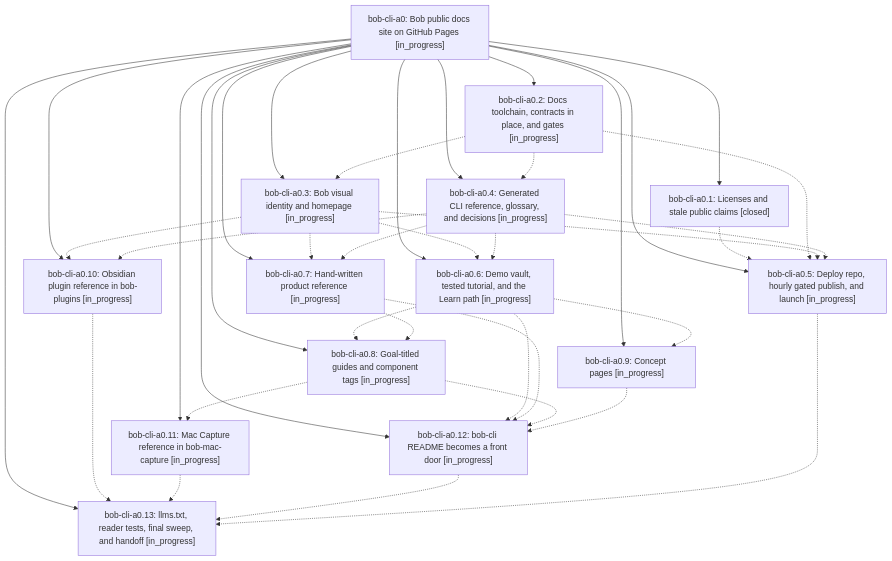
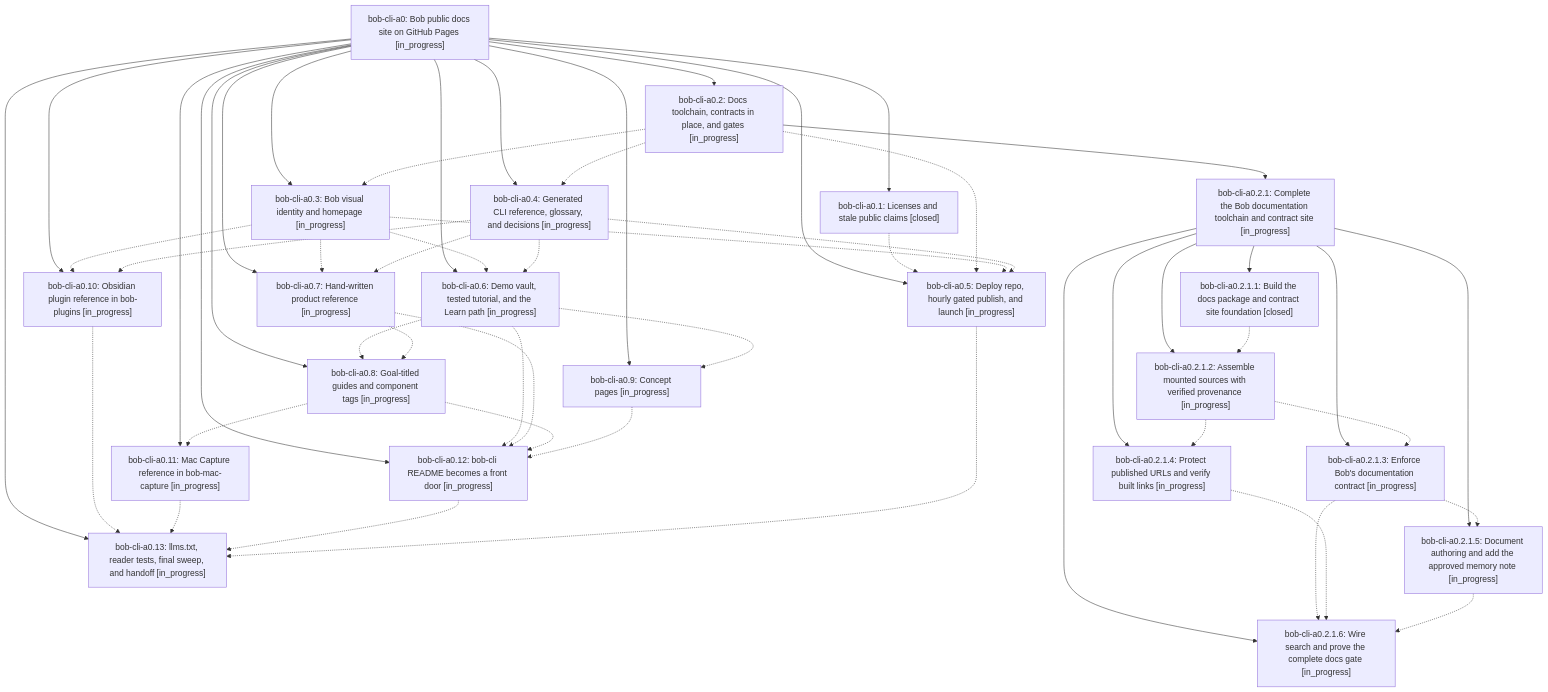
One commit to bobs-org/bob-cli--beads changed the diagram in pages/bob-cli-a0/README.md. Above: the diagram before and after it, drawn with Mermaid. The commit also changed other lines of this file and 9 other files, not shown here.

First line of the commit message:
chore(beads): sync bead state and pages for bob-cli-a0

````diff
--- a/pages/bob-cli-a0/README.md
+++ b/pages/bob-cli-a0/README.md
@@ -34,54 +34,75 @@
 ```mermaid
 flowchart TD
     n0["bob-cli-a0: Bob public docs site on GitHub Pages [in_progress]"]
     n1["bob-cli-a0.1: Licenses and stale public claims [closed]"]
     n2["bob-cli-a0.10: Obsidian plugin reference in bob-plugins [in_progress]"]
     n3["bob-cli-a0.11: Mac Capture reference in bob-mac-capture [in_progress]"]
     n4["bob-cli-a0.12: bob-cli README becomes a front door [in_progress]"]
     n5["bob-cli-a0.13: llms.txt, reader tests, final sweep, and handoff [in_progress]"]
     n6["bob-cli-a0.2: Docs toolchain, contracts in place, and gates [in_progress]"]
-    n7["bob-cli-a0.3: Bob visual identity and homepage [in_progress]"]
-    n8["bob-cli-a0.4: Generated CLI reference, glossary, and decisions [in_progress]"]
-    n9["bob-cli-a0.5: Deploy repo, hourly gated publish, and launch [in_progress]"]
-    n10["bob-cli-a0.6: Demo vault, tested tutorial, and the Learn path [in_progress]"]
-    n11["bob-cli-a0.7: Hand-written product reference [in_progress]"]
-    n12["bob-cli-a0.8: Goal-titled guides and component tags [in_progress]"]
-    n13["bob-cli-a0.9: Concept pages [in_progress]"]
+    n7["bob-cli-a0.2.1: Complete the Bob documentation toolchain and contract site [in_progress]"]
+    n8["bob-cli-a0.2.1.1: Build the docs package and contract site foundation [closed]"]
+    n9["bob-cli-a0.2.1.2: Assemble mounted sources with verified provenance [in_progress]"]
+    n10["bob-cli-a0.2.1.3: Enforce Bob's documentation contract [in_progress]"]
+    n11["bob-cli-a0.2.1.4: Protect published URLs and verify built links [in_progress]"]
+    n12["bob-cli-a0.2.1.5: Document authoring and add the approved memory note [in_progress]"]
+    n13["bob-cli-a0.2.1.6: Wire search and prove the complete docs gate [in_progress]"]
+    n14["bob-cli-a0.3: Bob visual identity and homepage [in_progress]"]
+    n15["bob-cli-a0.4: Generated CLI reference, glossary, and decisions [in_progress]"]
+    n16["bob-cli-a0.5: Deploy repo, hourly gated publish, and launch [in_progress]"]
+    n17["bob-cli-a0.6: Demo vault, tested tutorial, and the Learn path [in_progress]"]
+    n18["bob-cli-a0.7: Hand-written product reference [in_progress]"]
+    n19["bob-cli-a0.8: Goal-titled guides and component tags [in_progress]"]
+    n20["bob-cli-a0.9: Concept pages [in_progress]"]
     n0 --> n1
     n0 --> n2
     n0 --> n3
     n0 --> n4
     n0 --> n5
     n0 --> n6
-    n0 --> n7
-    n0 --> n8
-    n0 --> n9
-    n0 --> n10
-    n0 --> n11
-    n0 --> n12
-    n0 --> n13
-    n1 -.-> n9
+    n6 --> n7
+    n7 --> n8
+    n7 --> n9
+    n7 --> n10
+    n7 --> n11
+    n7 --> n12
+    n7 --> n13
+    n0 --> n14
+    n0 --> n15
+    n0 --> n16
+    n0 --> n17
+    n0 --> n18
+    n0 --> n19
+    n0 --> n20
+    n1 -.-> n16
     n2 -.-> n5
     n3 -.-> n5
     n4 -.-> n5
-    n6 -.-> n7
-    n6 -.-> n8
-    n6 -.-> n9
-    n7 -.-> n2
-    n7 -.-> n9
-    n7 -.-> n10
-    n7 -.-> n11
-    n8 -.-> n2
+    n6 -.-> n14
+    n6 -.-> n15
+    n6 -.-> n16
     n8 -.-> n9
-    n8 -.-> n10
-    n8 -.-> n11
-    n9 -.-> n5
-    n10 -.-> n4
+    n9 -.-> n10
+    n9 -.-> n11
     n10 -.-> n12
     n10 -.-> n13
-    n11 -.-> n4
-    n11 -.-> n12
-    n12 -.-> n3
-    n12 -.-> n4
-    n13 -.-> n4
+    n11 -.-> n13
+    n12 -.-> n13
+    n14 -.-> n2
+    n14 -.-> n16
+    n14 -.-> n17
+    n14 -.-> n18
+    n15 -.-> n2
+    n15 -.-> n16
+    n15 -.-> n17
+    n15 -.-> n18
+    n16 -.-> n5
+    n17 -.-> n4
+    n17 -.-> n19
+    n17 -.-> n20
+    n18 -.-> n4
+    n18 -.-> n19
+    n19 -.-> n3
+    n19 -.-> n4
+    n20 -.-> n4
 ```
````
